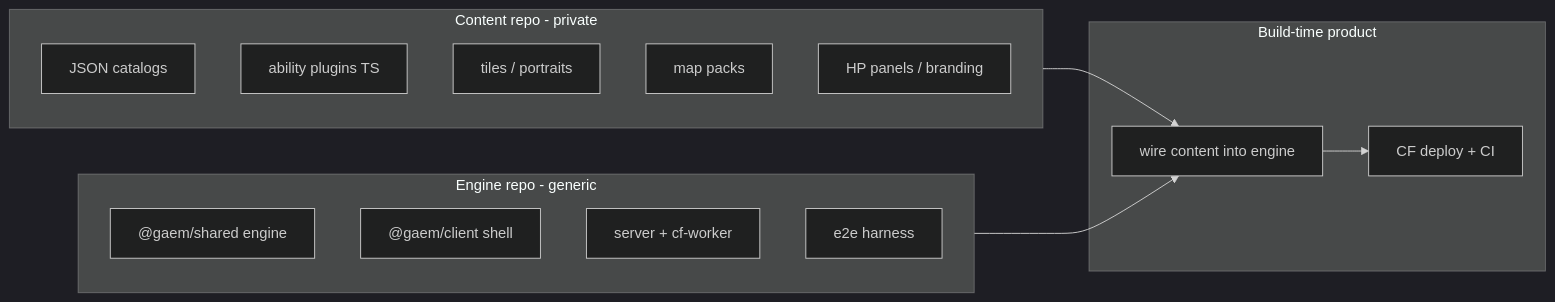
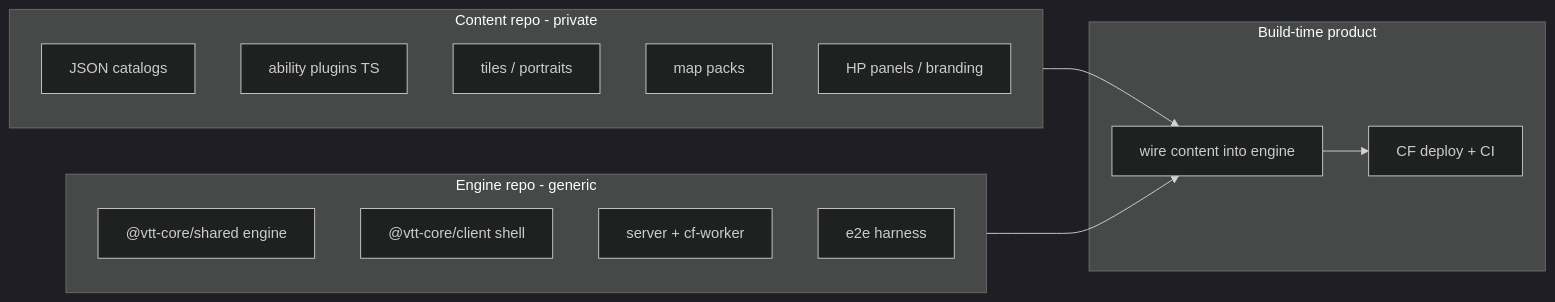
One commit to acedrow/vtt-core changed the diagram in .cursor/plans/content_engine_split_077e8cba.plan.md. Above: the diagram before and after it, drawn with Mermaid (dark theme). The commit also changed other lines of this file and 27 other files, not shown here.

````diff
--- a/.cursor/plans/content_engine_split_077e8cba.plan.md
+++ b/.cursor/plans/content_engine_split_077e8cba.plan.md
@@ -16,23 +16,23 @@
 ```mermaid
 flowchart LR
   subgraph engineRepo [Engine repo - generic]
-    sharedEngine["@gaem/shared engine"]
-    client["@gaem/client shell"]
+    sharedEngine["@vtt-core/shared engine"]
+    client["@vtt-core/client shell"]
     backends["server + cf-worker"]
     e2e["e2e harness"]
   end
   subgraph contentRepo [Content repo - private]
     data["JSON catalogs"]
     abilities["ability plugins TS"]
     assets["tiles / portraits"]
     maps["map packs"]
     ui["HP panels / branding"]
   end
   subgraph product [Build-time product]
     assemble["wire content into engine"]
     deploy["CF deploy + CI"]
   end
   contentRepo --> assemble
   engineRepo --> assemble
   assemble --> deploy
 ```
````
